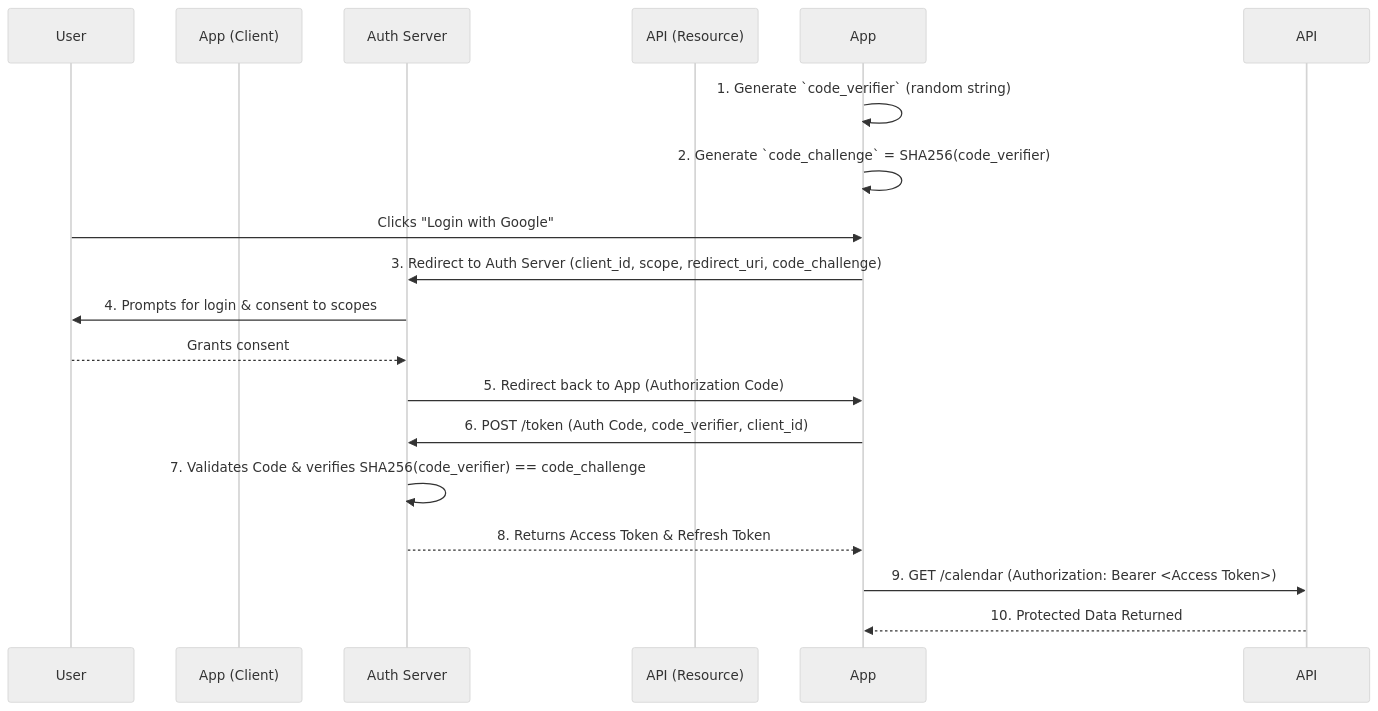
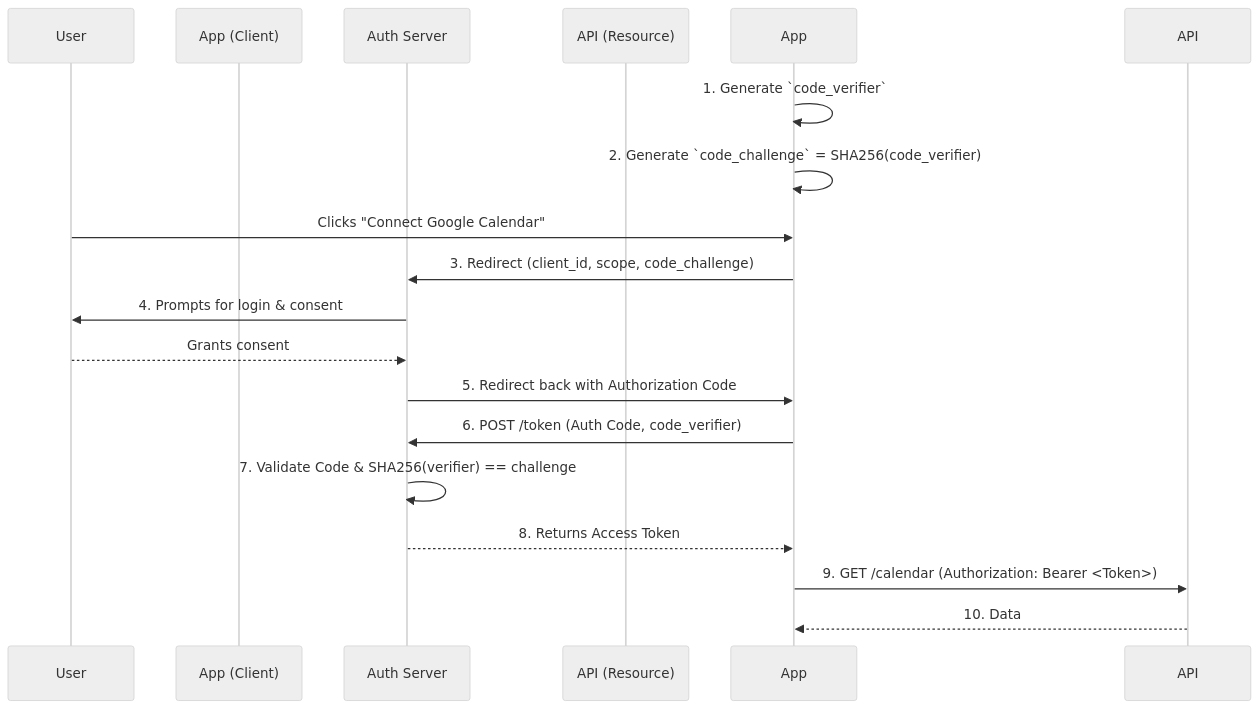
The second of 4 diagrams in 09-authentication/notes.md (Enggvault/Full-stack), drawn with Mermaid (neutral theme) before and after one commit. The commit also changed other lines of this file, not shown here.

````diff
--- a/09-authentication/notes.md
+++ b/09-authentication/notes.md
@@ -288,20 +535,20 @@
 ```mermaid
 sequenceDiagram
     participant User
     participant App (Client)
     participant Auth Server
     participant API (Resource)
     
-    App->>App: 1. Generate `code_verifier` (random string)
+    App->>App: 1. Generate `code_verifier`
     App->>App: 2. Generate `code_challenge` = SHA256(code_verifier)
-    User->>App: Clicks "Login with Google"
-    App->>Auth Server: 3. Redirect to Auth Server (client_id, scope, redirect_uri, code_challenge)
-    Auth Server->>User: 4. Prompts for login & consent to scopes
+    User->>App: Clicks "Connect Google Calendar"
+    App->>Auth Server: 3. Redirect (client_id, scope, code_challenge)
+    Auth Server->>User: 4. Prompts for login & consent
     User-->>Auth Server: Grants consent
-    Auth Server->>App: 5. Redirect back to App (Authorization Code)
-    App->>Auth Server: 6. POST /token (Auth Code, code_verifier, client_id)
-    Auth Server->>Auth Server: 7. Validates Code & verifies SHA256(code_verifier) == code_challenge
-    Auth Server-->>App: 8. Returns Access Token & Refresh Token
-    App->>API: 9. GET /calendar (Authorization: Bearer <Access Token>)
-    API-->>App: 10. Protected Data Returned
+    Auth Server->>App: 5. Redirect back with Authorization Code
+    App->>Auth Server: 6. POST /token (Auth Code, code_verifier)
+    Auth Server->>Auth Server: 7. Validate Code & SHA256(verifier) == challenge
+    Auth Server-->>App: 8. Returns Access Token 
+    App->>API: 9. GET /calendar (Authorization: Bearer <Token>)
+    API-->>App: 10. Data
 ```
````
